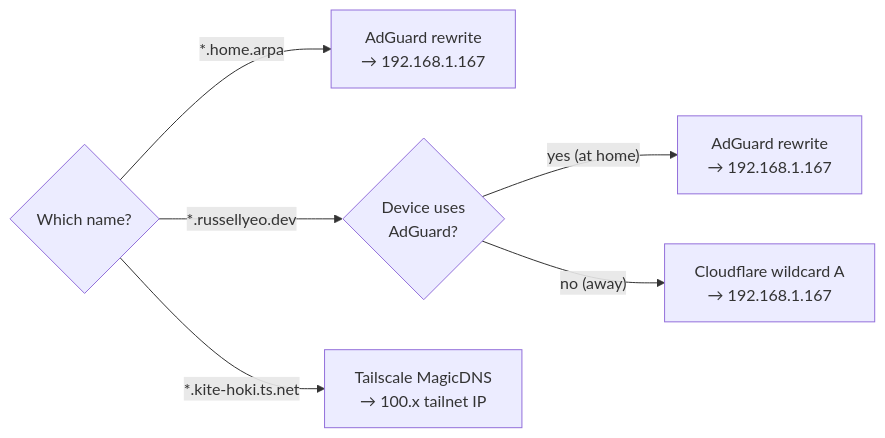
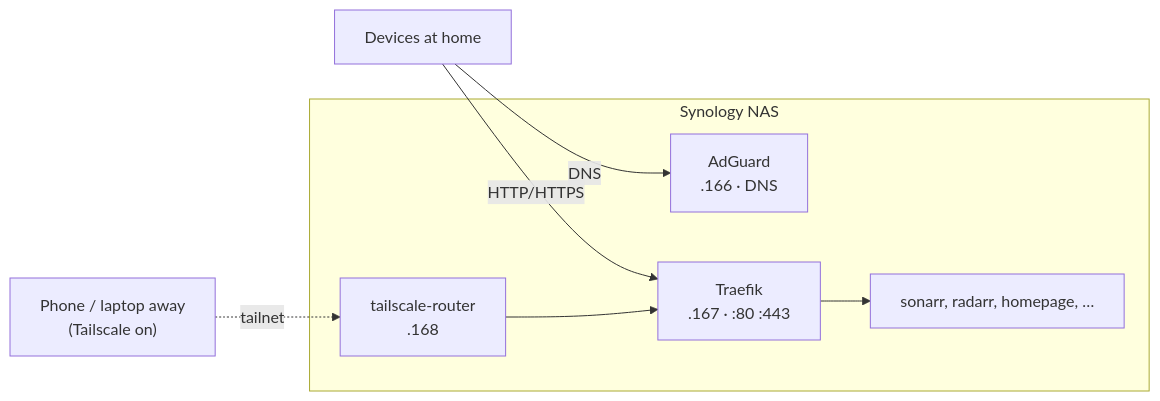
Before and after one commit to russellyeo/ansible: the diagram in ARCHITECTURE.md, drawn with Mermaid. The commit also changed other lines of this file and 1 other file, not shown here.

First line of the commit message:
Simplify ARCHITECTURE.md and ask for docs to be kept current

````diff
--- a/ARCHITECTURE.md
+++ b/ARCHITECTURE.md
@@ -81,9 +5,17 @@
 ```mermaid
 flowchart LR
-    q{"Which name?"}
-    q -- "*.home.arpa" --> ag1["AdGuard rewrite<br/>→ 192.168.1.167"]
-    q -- "*.russellyeo.dev" --> where{"Device uses<br/>AdGuard?"}
-    where -- "yes (at home)" --> ag2["AdGuard rewrite<br/>→ 192.168.1.167"]
-    where -- "no (away)" --> cfd["Cloudflare wildcard A<br/>→ 192.168.1.167"]
-    q -- "*.kite-hoki.ts.net" --> magic["Tailscale MagicDNS<br/>→ 100.x tailnet IP"]
+    home["Devices at home"]
+    away["Phone / laptop away<br/>(Tailscale on)"]
+
+    subgraph nas["Synology NAS"]
+        adguard["AdGuard<br/>.166 · DNS"]
+        tsr["tailscale-router<br/>.168"]
+        traefik["Traefik<br/>.167 · :80 :443"]
+        apps["sonarr, radarr, homepage, …"]
+    end
+
+    home -- "DNS" --> adguard
+    home -- "HTTP/HTTPS" --> traefik
+    away -. "tailnet" .-> tsr --> traefik
+    traefik --> apps
 ```
````
